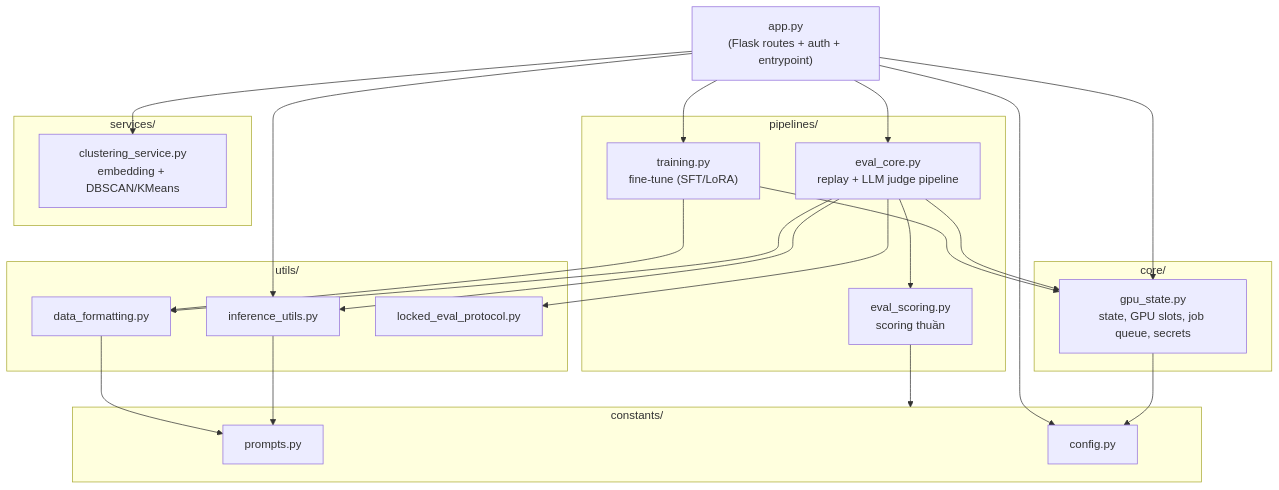
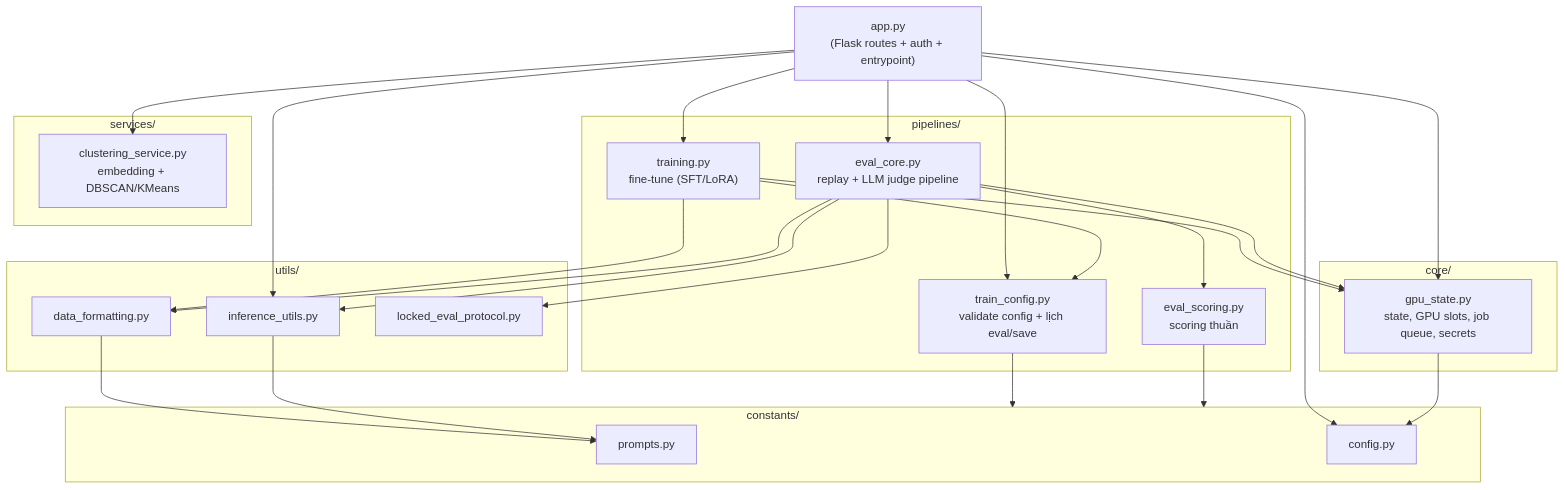
The second of 7 diagrams in SEP490_WEBAPP-main/gpu-service/docs/ARCHITECTURE.md (NAMLDHE173247/SEP490_G36), drawn with Mermaid before and after one commit. The commit also changed 13 other files, not shown here.

````diff
--- a/SEP490_WEBAPP-main/gpu-service/docs/ARCHITECTURE.md
+++ b/SEP490_WEBAPP-main/gpu-service/docs/ARCHITECTURE.md
@@ -42,45 +42,49 @@
 ```mermaid
 flowchart TD
     app["app.py<br/>(Flask routes + auth + entrypoint)"]
 
     subgraph core["core/"]
         state["gpu_state.py<br/>state, GPU slots, job queue, secrets"]
     end
     subgraph pipelines["pipelines/"]
         train["training.py<br/>fine-tune (SFT/LoRA)"]
+        tcfg["train_config.py<br/>validate config + lịch eval/save"]
         ecore["eval_core.py<br/>replay + LLM judge pipeline"]
         escore["eval_scoring.py<br/>scoring thuần"]
     end
     subgraph services["services/"]
         clus["clustering_service.py<br/>embedding + DBSCAN/KMeans"]
     end
     subgraph utils["utils/"]
         inf["inference_utils.py"]
         fmt["data_formatting.py"]
         lock["locked_eval_protocol.py"]
     end
     subgraph constants["constants/"]
         prm["prompts.py"]
         cfg["config.py"]
     end
 
     app --> clus
     app --> inf
     app --> state
     app --> train
+    app --> tcfg
     app --> ecore
     app --> cfg
 
     train --> state
+    train --> tcfg
     train --> fmt
+    tcfg --> constants
     ecore --> inf
     ecore --> lock
     ecore --> fmt
     ecore --> escore
     ecore --> state
 
     escore --> constants
     fmt --> prm
     inf --> prm
     state --> cfg
 ```
````
